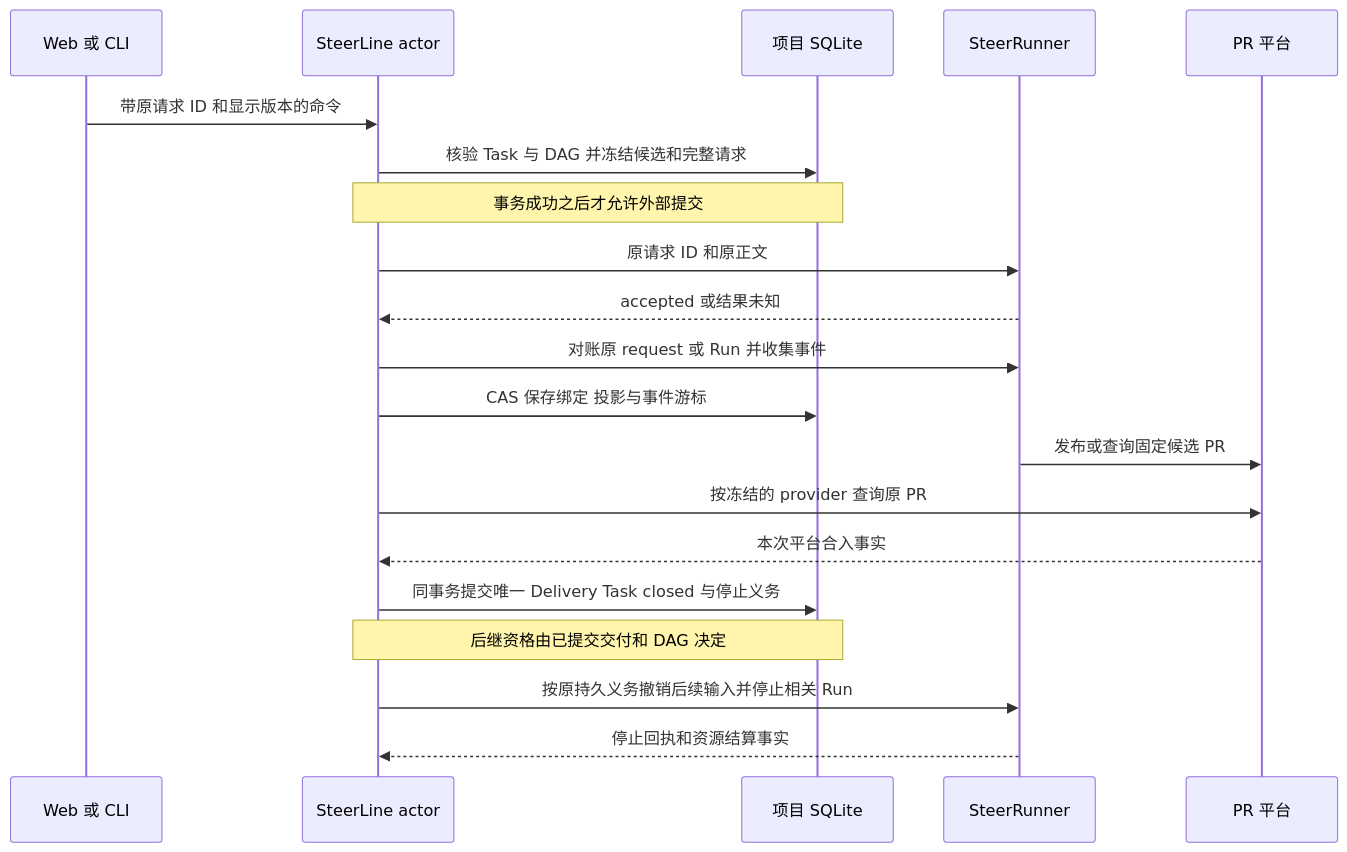
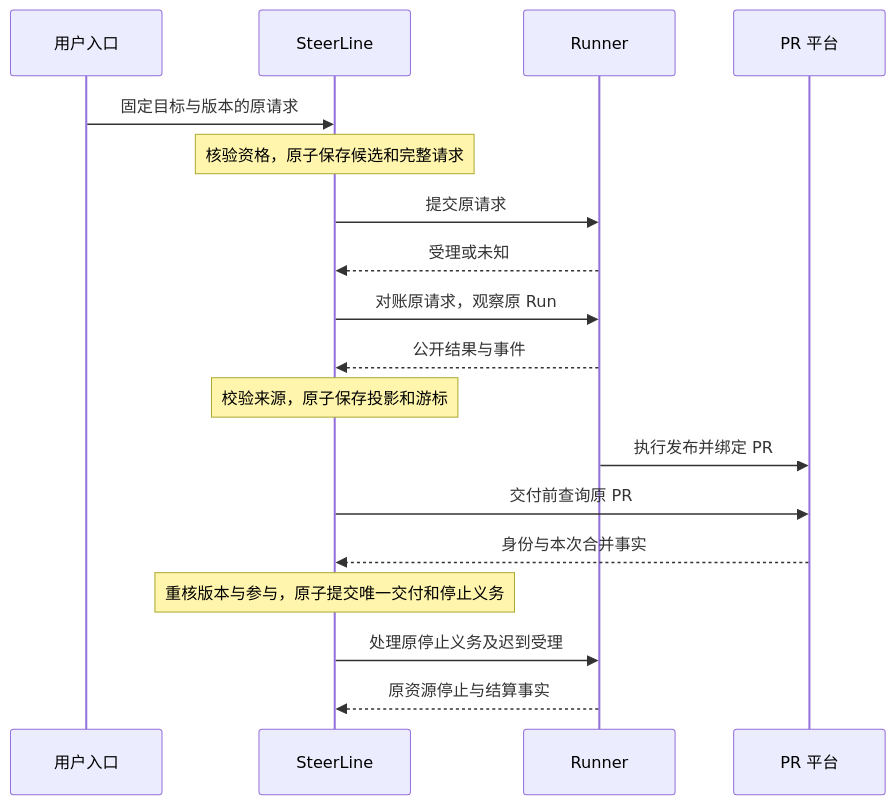
The diagram in docs/architecture/reliable-delivery-chain.md (erranliu/SteerLine), drawn with Mermaid before and after one commit. The commit also changed other lines of this file and 74 other files, not shown here.

````diff
--- a/docs/architecture/reliable-delivery-chain.md
+++ b/docs/architecture/reliable-delivery-chain.md
@@ -25,22 +19,20 @@
 ```mermaid
 sequenceDiagram
-    participant U as Web 或 CLI
-    participant S as SteerLine actor
-    participant D as 项目 SQLite
-    participant R as SteerRunner
+    participant U as 用户入口
+    participant S as SteerLine
+    participant R as Runner
     participant P as PR 平台
-    U->>S: 带原请求 ID 和显示版本的命令
-    S->>D: 核验 Task 与 DAG 并冻结候选和完整请求
-    Note over S,D: 事务成功之后才允许外部提交
-    S->>R: 原请求 ID 和原正文
-    R-->>S: accepted 或结果未知
-    S->>R: 对账原 request 或 Run 并收集事件
-    S->>D: CAS 保存绑定 投影与事件游标
-    R->>P: 发布或查询固定候选 PR
-    S->>P: 按冻结的 provider 查询原 PR
-    P-->>S: 本次平台合入事实
-    S->>D: 同事务提交唯一 Delivery Task closed 与停止义务
-    Note over S,D: 后继资格由已提交交付和 DAG 决定
-    S->>R: 按原持久义务撤销后续输入并停止相关 Run
-    R-->>S: 停止回执和资源结算事实
+    U->>S: 固定目标与版本的原请求
+    Note over S: 核验资格，原子保存候选和完整请求
+    S->>R: 提交原请求
+    R-->>S: 受理或未知
+    S->>R: 对账原请求，观察原 Run
+    R-->>S: 公开结果与事件
+    Note over S: 校验来源，原子保存投影和游标
+    R->>P: 执行发布并绑定 PR
+    S->>P: 交付前查询原 PR
+    P-->>S: 身份与本次合并事实
+    Note over S: 重核版本与参与，原子提交唯一交付和停止义务
+    S->>R: 处理原停止义务及迟到受理
+    R-->>S: 原资源停止与结算事实
 ```
````
